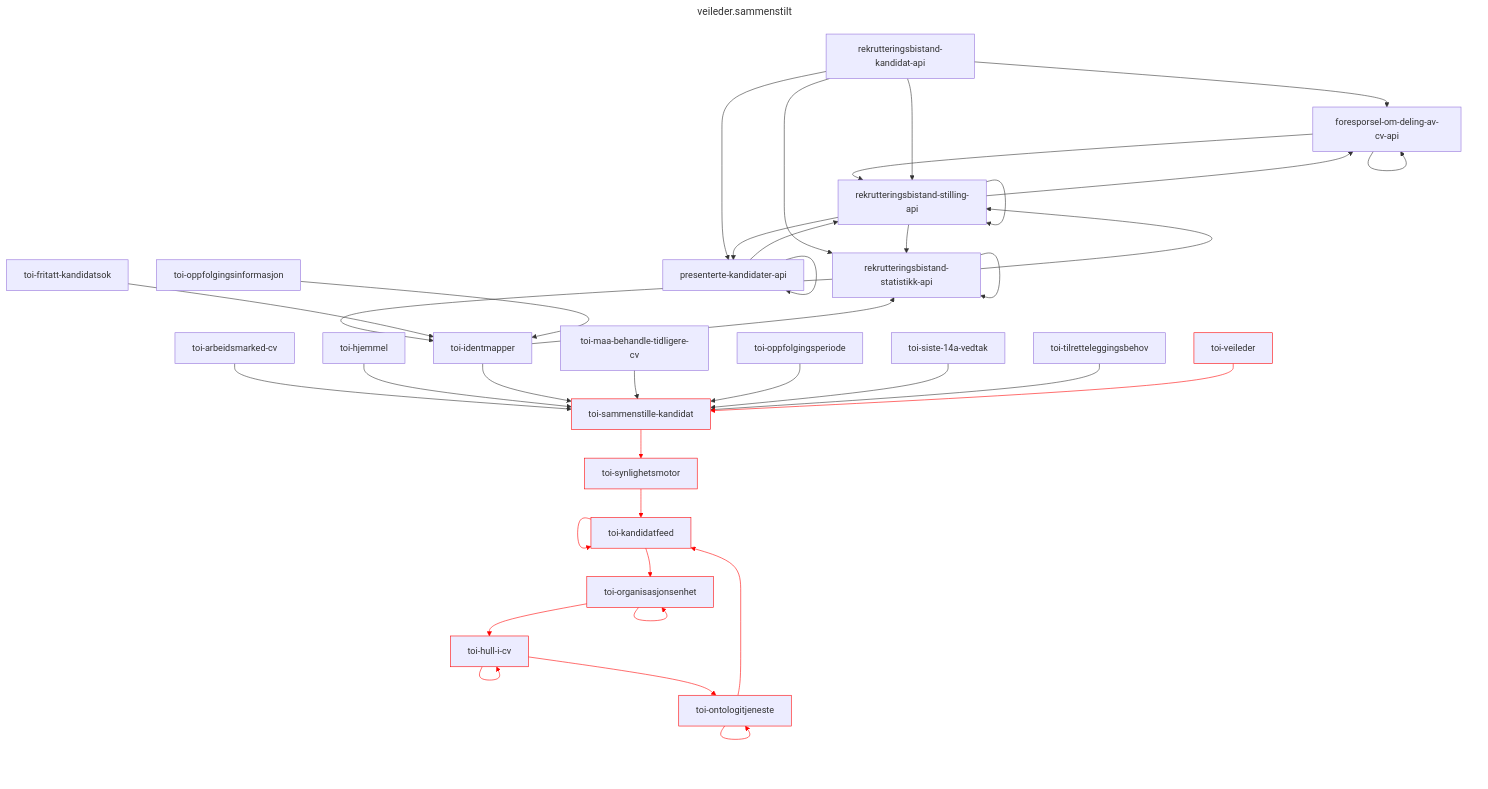
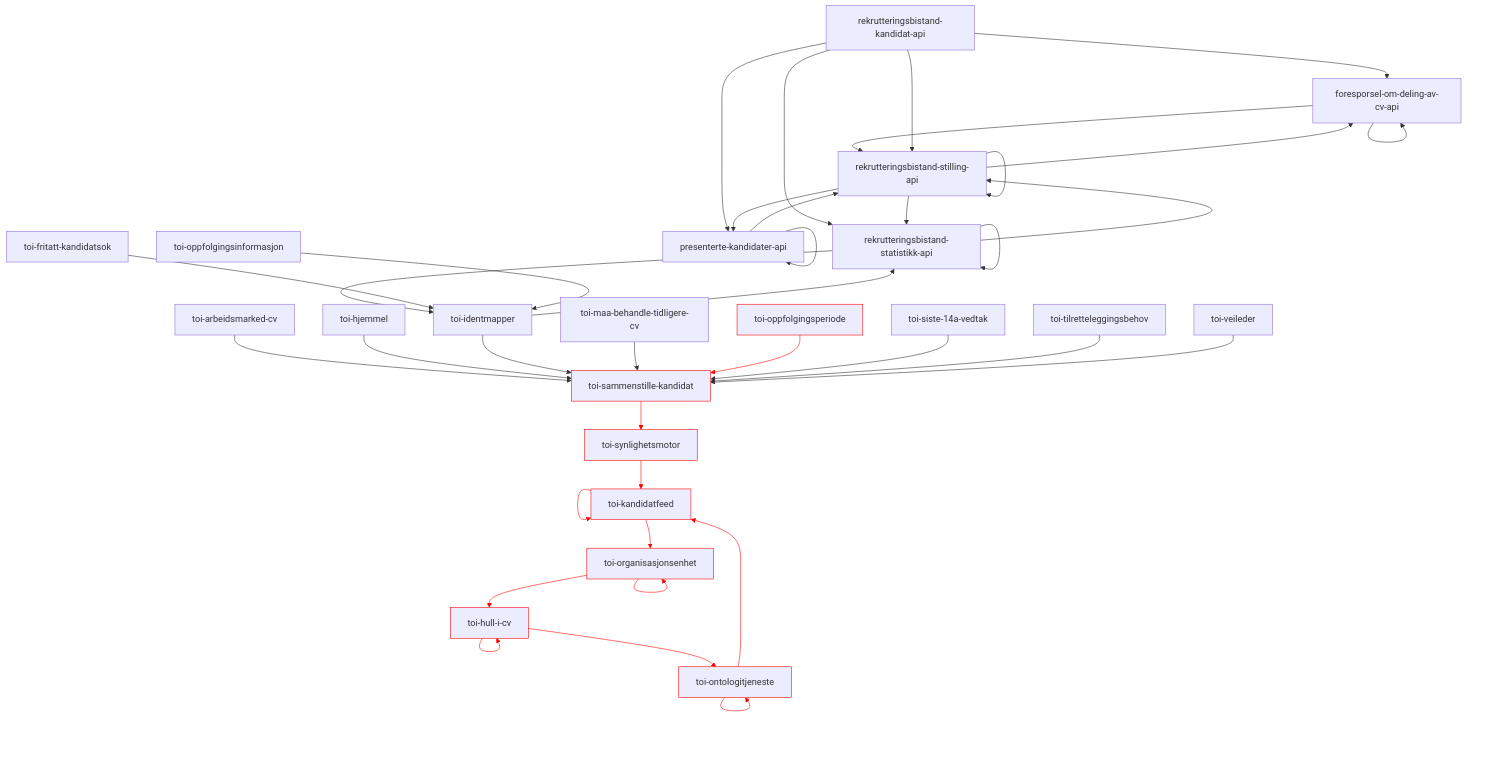
Diagram 15 of 34 in README.md (navikt/toi-rapids-and-rivers-grapher), drawn with Mermaid before and after one commit. The commit also changed other lines of this file, not shown here.

Commit message:
Oppdater Mermaid utskrift

````diff
--- a/README.md
+++ b/README.md
@@ -446,45 +600,42 @@
 ```mermaid
----
-title: veileder.sammenstilt
----
 graph TD;
 foresporsel-om-deling-av-cv-api --> foresporsel-om-deling-av-cv-api;
 foresporsel-om-deling-av-cv-api --> rekrutteringsbistand-stilling-api;
 presenterte-kandidater-api --> presenterte-kandidater-api;
 presenterte-kandidater-api --> rekrutteringsbistand-stilling-api;
 rekrutteringsbistand-kandidat-api --> foresporsel-om-deling-av-cv-api;
 rekrutteringsbistand-kandidat-api --> presenterte-kandidater-api;
 rekrutteringsbistand-kandidat-api --> rekrutteringsbistand-statistikk-api;
 rekrutteringsbistand-kandidat-api --> rekrutteringsbistand-stilling-api;
 rekrutteringsbistand-statistikk-api --> rekrutteringsbistand-statistikk-api;
 rekrutteringsbistand-statistikk-api --> rekrutteringsbistand-stilling-api;
 rekrutteringsbistand-statistikk-api --> toi-identmapper;
 rekrutteringsbistand-stilling-api --> foresporsel-om-deling-av-cv-api;
 rekrutteringsbistand-stilling-api --> presenterte-kandidater-api;
 rekrutteringsbistand-stilling-api --> rekrutteringsbistand-statistikk-api;
 rekrutteringsbistand-stilling-api --> rekrutteringsbistand-stilling-api;
 toi-arbeidsmarked-cv --> toi-sammenstille-kandidat;
 toi-fritatt-kandidatsok --> toi-identmapper;
 toi-hjemmel --> toi-sammenstille-kandidat;
 toi-hull-i-cv:::x --> toi-hull-i-cv:::x;
 toi-hull-i-cv:::x --> toi-ontologitjeneste:::x;
 toi-identmapper --> rekrutteringsbistand-statistikk-api;
 toi-identmapper --> toi-sammenstille-kandidat;
 toi-kandidatfeed:::x --> toi-kandidatfeed:::x;
 toi-kandidatfeed:::x --> toi-organisasjonsenhet:::x;
 toi-maa-behandle-tidligere-cv --> toi-sammenstille-kandidat;
 toi-ontologitjeneste:::x --> toi-kandidatfeed:::x;
 toi-ontologitjeneste:::x --> toi-ontologitjeneste:::x;
 toi-oppfolgingsinformasjon --> toi-identmapper;
-toi-oppfolgingsperiode --> toi-sammenstille-kandidat;
+toi-oppfolgingsperiode:::x --> toi-sammenstille-kandidat:::x;
 toi-organisasjonsenhet:::x --> toi-hull-i-cv:::x;
 toi-organisasjonsenhet:::x --> toi-organisasjonsenhet:::x;
 toi-sammenstille-kandidat:::x --> toi-synlighetsmotor:::x;
 toi-siste-14a-vedtak --> toi-sammenstille-kandidat;
 toi-synlighetsmotor:::x --> toi-kandidatfeed:::x;
 toi-tilretteleggingsbehov --> toi-sammenstille-kandidat;
-toi-veileder:::x --> toi-sammenstille-kandidat:::x;
+toi-veileder --> toi-sammenstille-kandidat;
 
-linkStyle 18,19,22,23,25,26,29,30,31,33,35 stroke:red;
+linkStyle 18,19,22,23,25,26,28,29,30,31,33 stroke:red;
 classDef x stroke: red;
 ```
````
